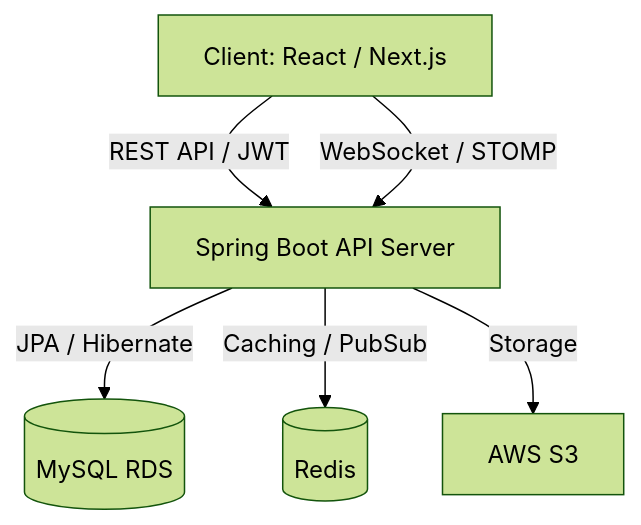
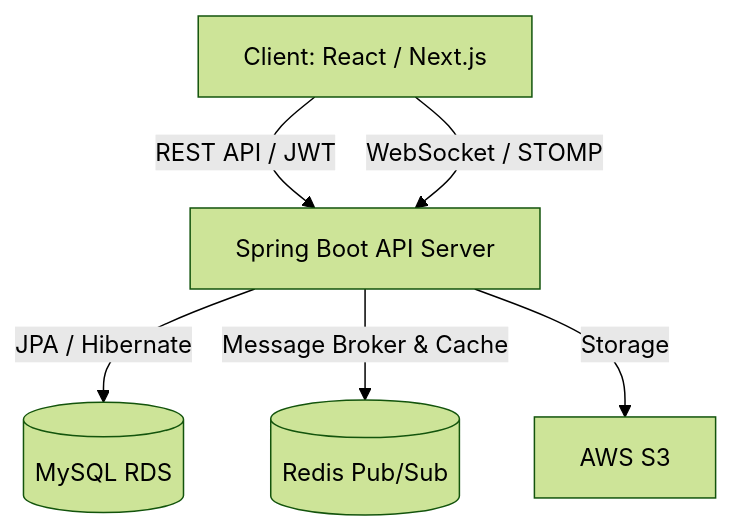
Before and after one commit to helloyoogs/tarot-insight-backend: the diagram in README.md, drawn with Mermaid (forest theme). The commit also changed other lines of this file and 8 other files, not shown here.

````diff
--- a/README.md
+++ b/README.md
@@ -36,8 +36,8 @@
 ```mermaid
 graph TD
     Client[Client: React / Next.js] -->|REST API / JWT| Server[Spring Boot API Server]
     Client -->|WebSocket / STOMP| Server
     Server -->|JPA / Hibernate| MySQL[(MySQL RDS)]
-    Server -->|Caching / PubSub| Redis[(Redis)]
+    Server -->|Message Broker & Cache| Redis[(Redis Pub/Sub)]
     Server -->|Storage| S3[AWS S3]
 ```
````
